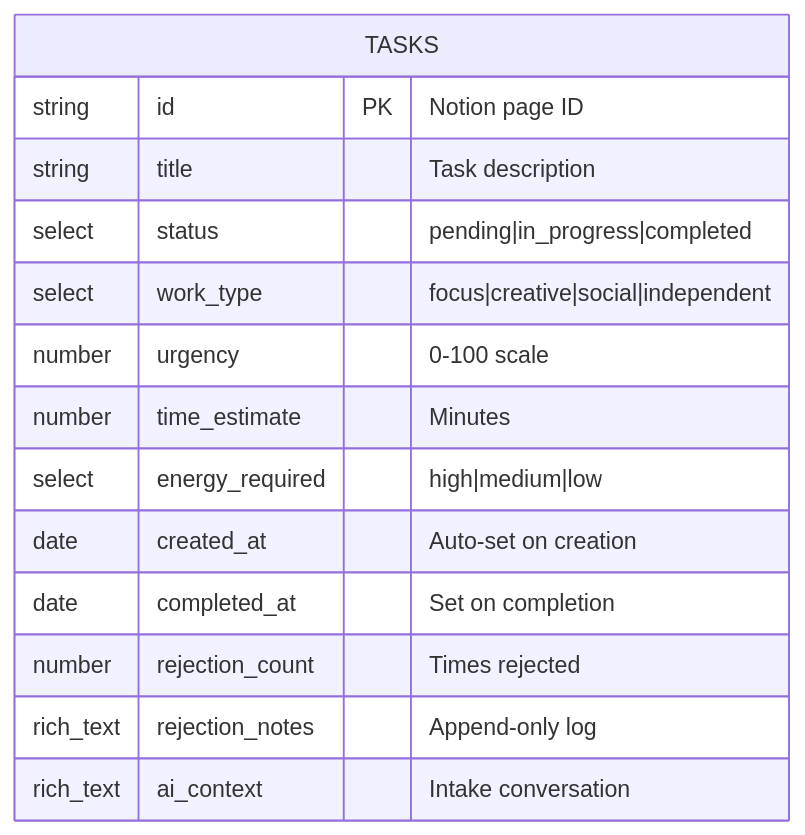
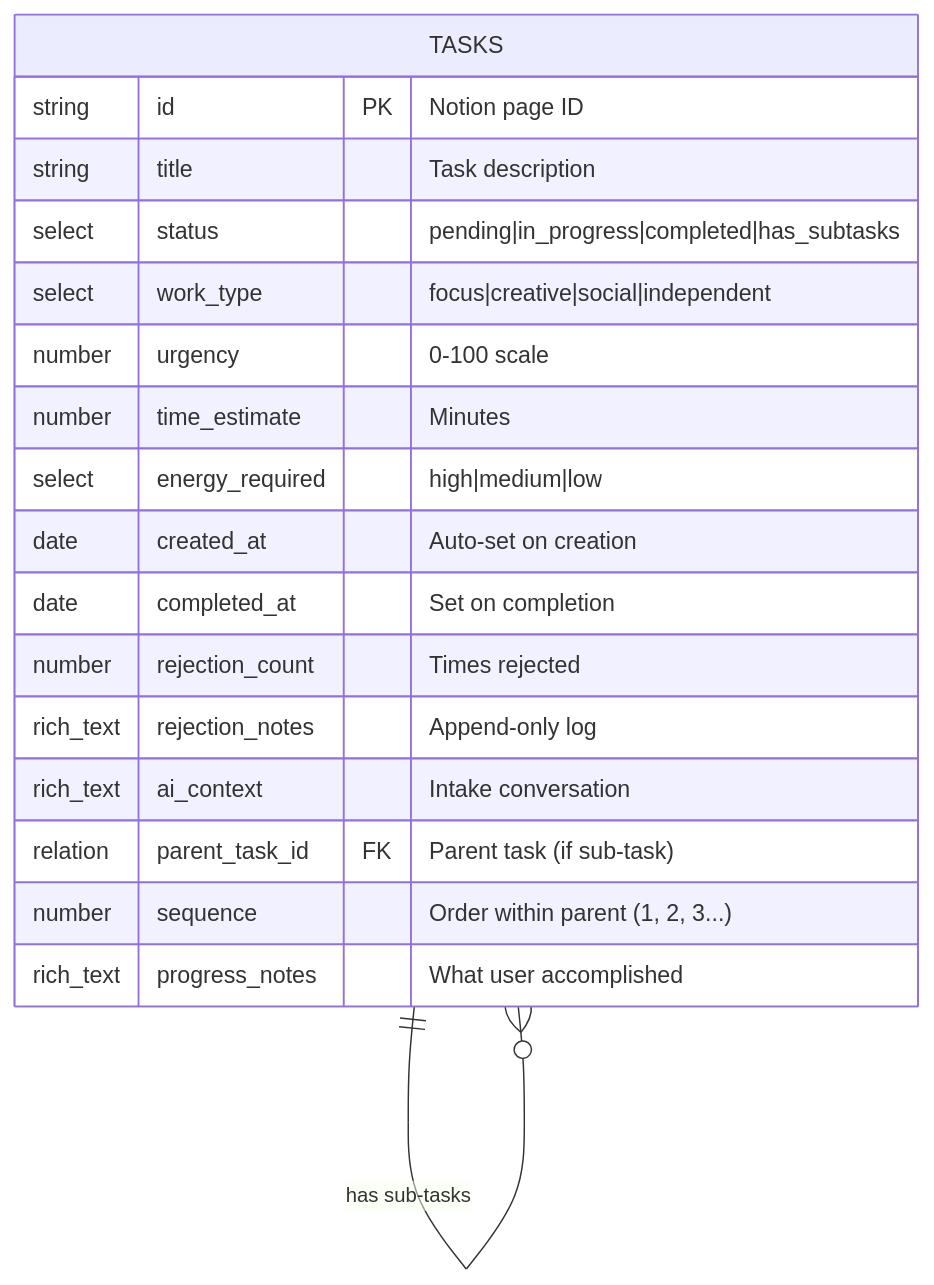
Before and after one commit to NickBorgers/hide-my-list: the first of 18 diagrams in docs/notion-schema.md, drawn with Mermaid. The commit also changed other lines of this file and 4 other files, not shown here.

````diff
--- a/docs/notion-schema.md
+++ b/docs/notion-schema.md
@@ -9,17 +9,22 @@
 ```mermaid
 erDiagram
     TASKS {
         string id PK "Notion page ID"
         string title "Task description"
-        select status "pending|in_progress|completed"
+        select status "pending|in_progress|completed|has_subtasks"
         select work_type "focus|creative|social|independent"
         number urgency "0-100 scale"
         number time_estimate "Minutes"
         select energy_required "high|medium|low"
         date created_at "Auto-set on creation"
         date completed_at "Set on completion"
         number rejection_count "Times rejected"
         rich_text rejection_notes "Append-only log"
         rich_text ai_context "Intake conversation"
+        relation parent_task_id FK "Parent task (if sub-task)"
+        number sequence "Order within parent (1, 2, 3...)"
+        rich_text progress_notes "What user accomplished"
     }
+
+    TASKS ||--o{ TASKS : "has sub-tasks"
 ```
````
